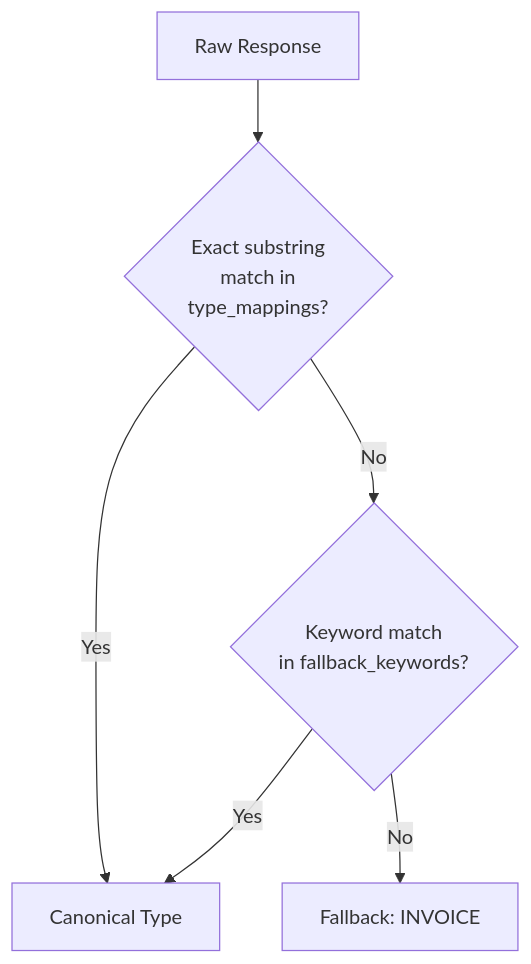
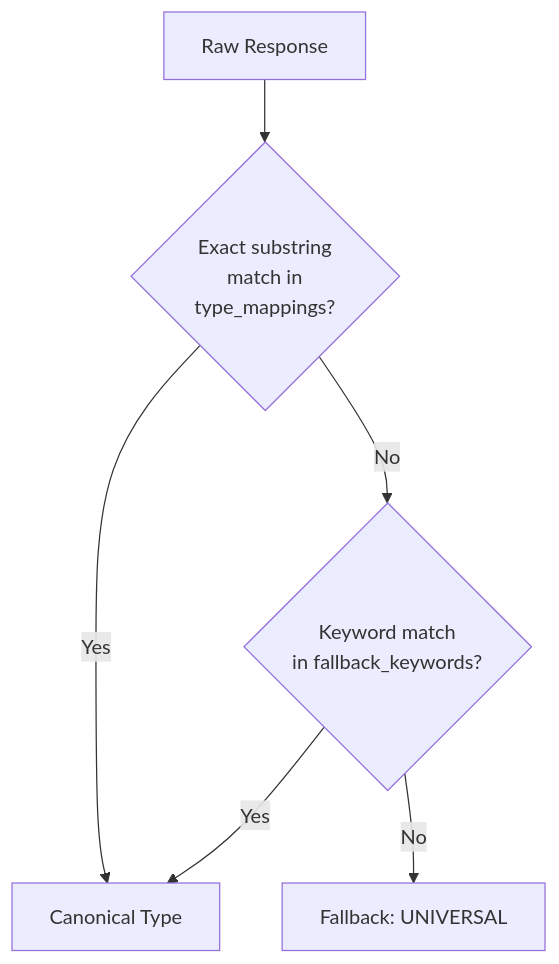
One commit to tmnestor/LMM_POC changed the second of 8 diagrams in docs/internvl3_extraction_pipeline.md. Above: the diagram before and after it, drawn with Mermaid. The commit also changed 4 other files, not shown here.

Commit message:
♻️ refactor: change detection fallback from INVOICE to UNIVERSAL

````diff
--- a/docs/internvl3_extraction_pipeline.md
+++ b/docs/internvl3_extraction_pipeline.md
@@ -53,8 +53,8 @@
 ```mermaid
 flowchart TD
     R[Raw Response] --> M1{"Exact substring<br>match in<br>type_mappings?"}
     M1 -->|Yes| T[Canonical Type]
     M1 -->|No| M2{"Keyword match<br>in fallback_keywords?"}
     M2 -->|Yes| T
-    M2 -->|No| F["Fallback: INVOICE"]
+    M2 -->|No| F["Fallback: UNIVERSAL"]
 ```
````
